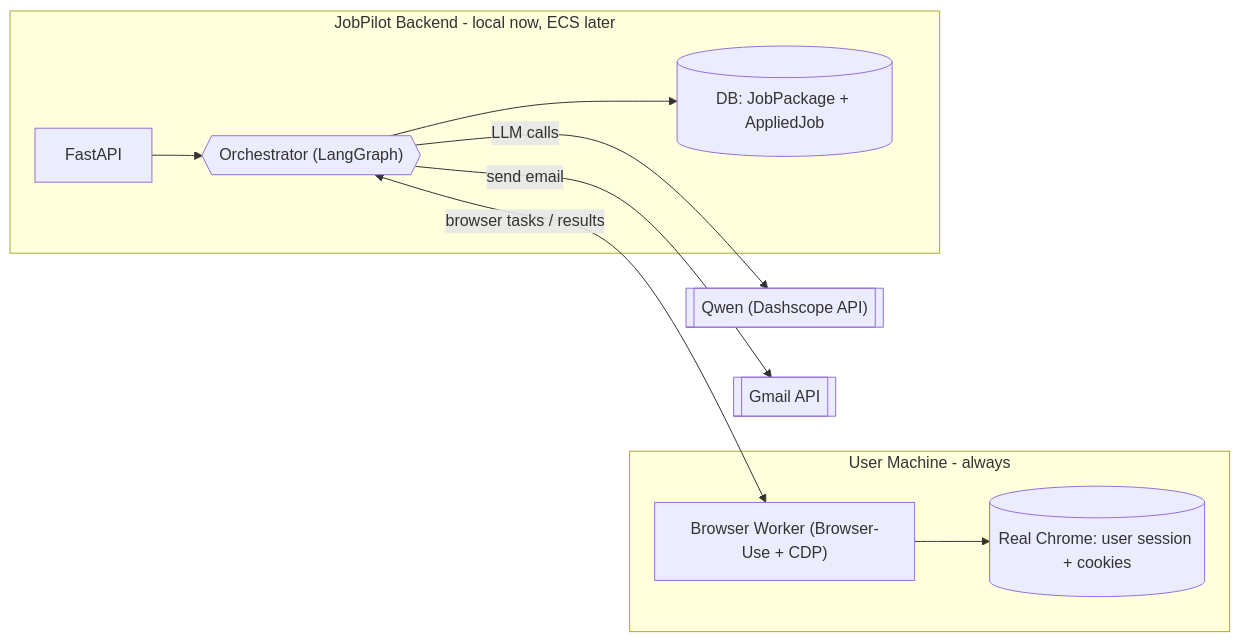
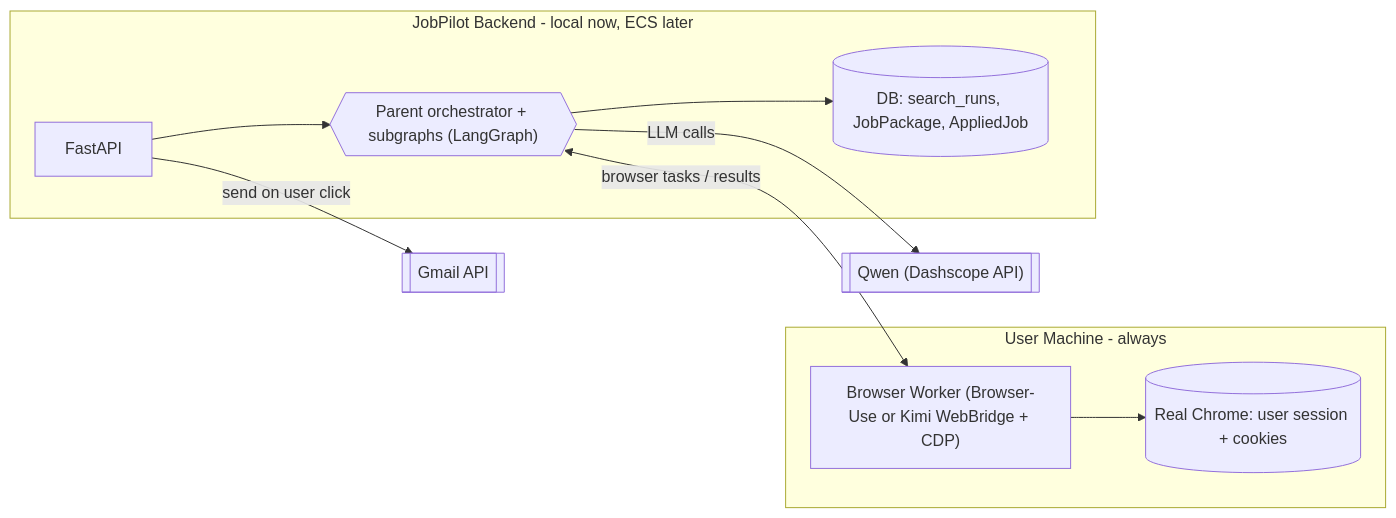
Before and after one commit to HamzaFayaz/JobPilot: the third of 10 diagrams in System Design/JobPilot-System-Design.md, drawn with Mermaid. The commit also changed other lines of this file, not shown here.

Commit message:
Expand backend system design with LangGraph topology, API surface, and data models.

````diff
--- a/System Design/JobPilot-System-Design.md
+++ b/System Design/JobPilot-System-Design.md
@@ -92,23 +126,23 @@
 ```mermaid
 flowchart LR
     subgraph userMachine [User Machine - always]
         chrome[("Real Chrome: user session + cookies")]
-        worker["Browser Worker (Browser-Use + CDP)"]
+        worker["Browser Worker (Browser-Use or Kimi WebBridge + CDP)"]
         worker --> chrome
     end
 
     subgraph hostEnv [JobPilot Backend - local now, ECS later]
         api["FastAPI"]
-        orch{{"Orchestrator (LangGraph)"}}
-        db[("DB: JobPackage + AppliedJob")]
+        orch{{"Parent orchestrator + subgraphs (LangGraph)"}}
+        db[("DB: search_runs, JobPackage, AppliedJob")]
         api --> orch
         orch --> db
     end
 
     qwen[["Qwen (Dashscope API)"]]
     gmail[["Gmail API"]]
 
     orch <-->|"browser tasks / results"| worker
     orch -->|"LLM calls"| qwen
-    orch -->|"send email"| gmail
+    api -->|"send on user click"| gmail
 ```
````
